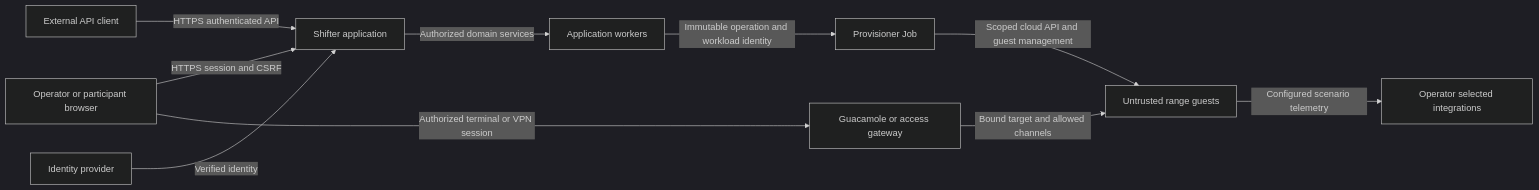
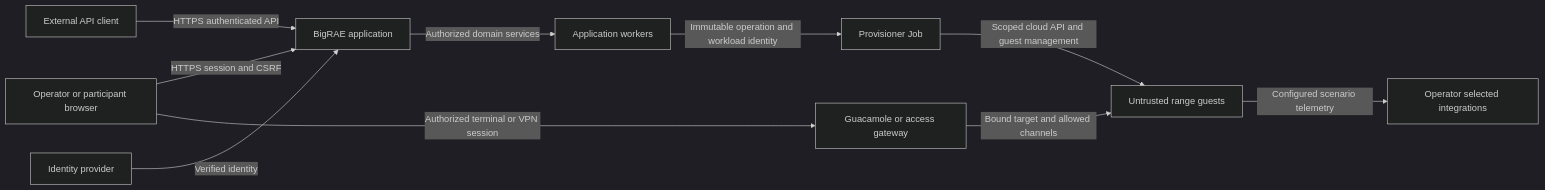
The first of 2 diagrams in docs/technical/architecture.md (Brad-Edwards/bigrae), drawn with Mermaid (dark theme) before and after one commit. The commit also changed other lines of this file and 285 other files, not shown here.

Commit message:
feat: introduce BigRAE compatibility and restore quality coverage

````diff
--- a/docs/technical/architecture.md
+++ b/docs/technical/architecture.md
@@ -14,12 +27,12 @@
 ```mermaid
 flowchart LR
-    Human[Operator or participant browser] -->|HTTPS session and CSRF| App[Shifter application]
+    Human[Operator or participant browser] -->|HTTPS session and CSRF| App[BigRAE application]
     Client[External API client] -->|HTTPS authenticated API| App
     IdP[Identity provider] -->|Verified identity| App
     App -->|Authorized domain services| Workers[Application workers]
     Workers -->|Immutable operation and workload identity| Job[Provisioner Job]
     Job -->|Scoped cloud API and guest management| Guest[Untrusted range guests]
     Human -->|Authorized terminal or VPN session| Access[Guacamole or access gateway]
     Access -->|Bound target and allowed channels| Guest
     Guest -->|Configured scenario telemetry| Telemetry[Operator selected integrations]
 ```
````
